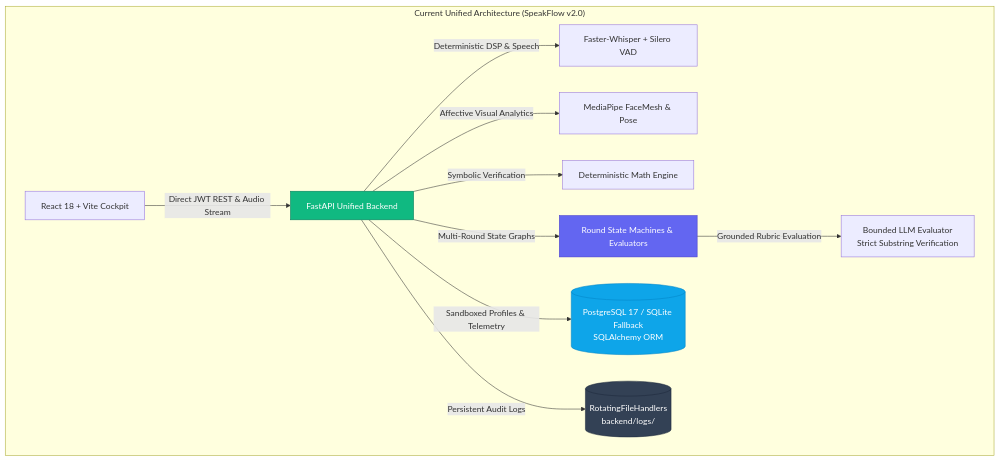
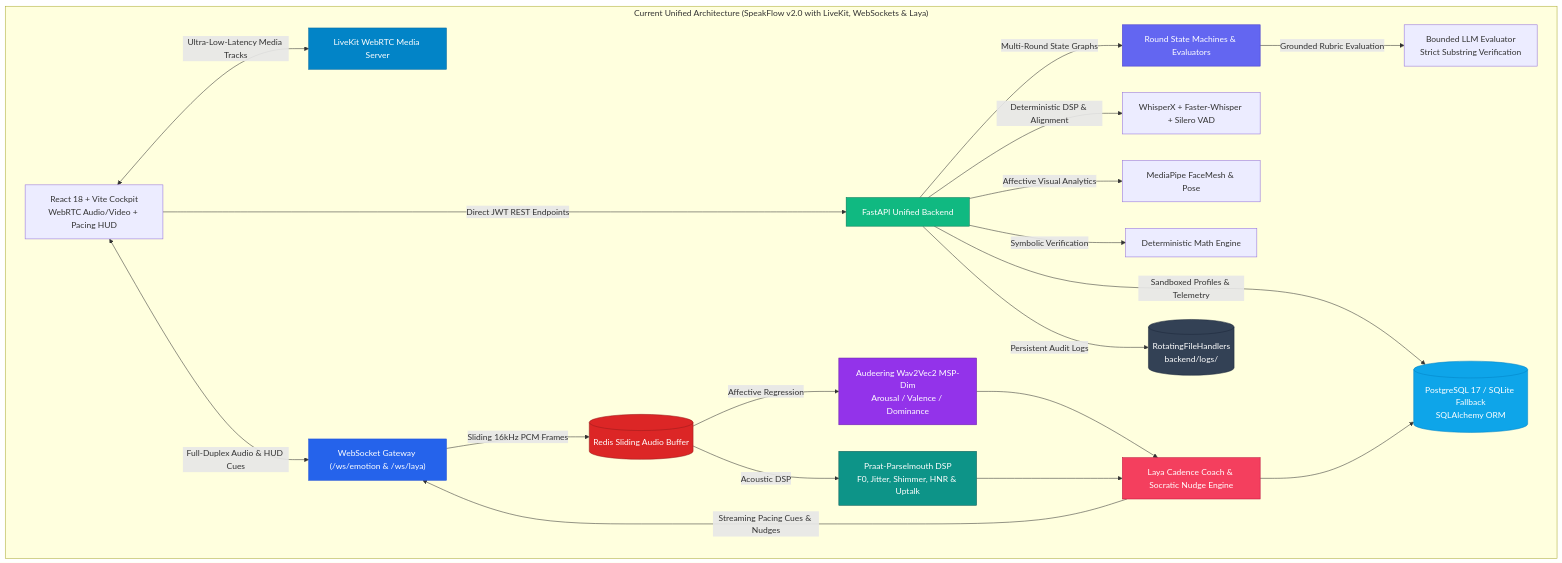
Before and after one commit to Sohailsadeed/campusrecruitment-communication-agent: diagram 11 of 12 in Approach.md, drawn with Mermaid. The commit also changed other lines of this file, not shown here.

Commit message:
docs(approach): update architecture flowcharts with Laya, LiveKit, and real-time emotion telemetry

````diff
--- a/Approach.md
+++ b/Approach.md
@@ -750,22 +917,40 @@
 ```mermaid
 graph TD
-    subgraph CurrentUnifiedArch ["Current Unified Architecture (SpeakFlow v2.0)"]
-        Client["React 18 + Vite Cockpit"] -->|Direct JWT REST & Audio Stream| API["FastAPI Unified Backend"]
+    subgraph CurrentUnifiedArch ["Current Unified Architecture (SpeakFlow v2.0 with LiveKit, WebSockets & Laya)"]
+        Client["React 18 + Vite Cockpit<br/>WebRTC Audio/Video + Pacing HUD"]
         
-        API -->|Deterministic DSP & Speech| DSP["Faster-Whisper + Silero VAD"]
+        Client <-->|Ultra-Low-Latency Media Tracks| LiveKitServer["LiveKit WebRTC Media Server"]
+        Client <-->|Full-Duplex Audio & HUD Cues| WS["WebSocket Gateway (/ws/emotion & /ws/laya)"]
+        Client -->|Direct JWT REST Endpoints| API["FastAPI Unified Backend"]
+        
+        WS -->|Sliding 16kHz PCM Frames| RedisBuffer[("Redis Sliding Audio Buffer")]
+        RedisBuffer -->|Affective Regression| Audeering["Audeering Wav2Vec2 MSP-Dim<br/>Arousal / Valence / Dominance"]
+        RedisBuffer -->|Acoustic DSP| Praat["Praat-Parselmouth DSP<br/>F0, Jitter, Shimmer, HNR & Uptalk"]
+        
+        Audeering --> Laya["Laya Cadence Coach & Socratic Nudge Engine"]
+        Praat --> Laya
+        Laya -->|Streaming Pacing Cues & Nudges| WS
+        
+        API -->|Deterministic DSP & Alignment| DSP["WhisperX + Faster-Whisper + Silero VAD"]
         API -->|Affective Visual Analytics| CV["MediaPipe FaceMesh & Pose"]
         API -->|Symbolic Verification| MATH["Deterministic Math Engine"]
         
         API -->|Multi-Round State Graphs| State["Round State Machines & Evaluators"]
-        
         State -->|Grounded Rubric Evaluation| LLM["Bounded LLM Evaluator<br/>Strict Substring Verification"]
         
         API -->|Sandboxed Profiles & Telemetry| DB[("PostgreSQL 17 / SQLite Fallback<br/>SQLAlchemy ORM")]
         API -->|Persistent Audit Logs| LOGS[("RotatingFileHandlers<br/>backend/logs/")]
+        Laya --> DB
     end
 
     style API fill:#10b981,stroke:#047857,color:#fff
+    style LiveKitServer fill:#0284c7,stroke:#0369a1,color:#fff
+    style WS fill:#2563eb,stroke:#1d4ed8,color:#fff
+    style RedisBuffer fill:#dc2626,stroke:#991b1b,color:#fff
+    style Audeering fill:#9333ea,stroke:#6b21a8,color:#fff
+    style Praat fill:#0d9488,stroke:#115e59,color:#fff
+    style Laya fill:#f43f5e,stroke:#be123c,color:#fff
     style State fill:#6366f1,stroke:#4338ca,color:#fff
     style DB fill:#0ea5e9,stroke:#0284c7,color:#fff
     style LOGS fill:#334155,stroke:#1e293b,color:#fff
 ```
````
